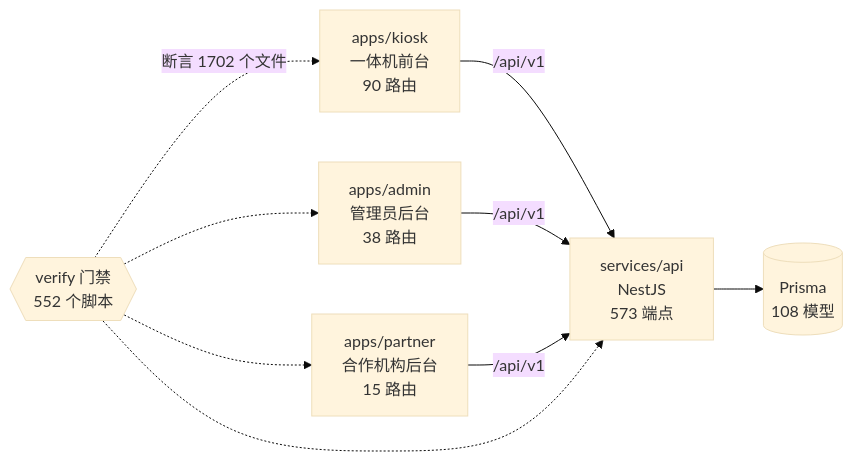
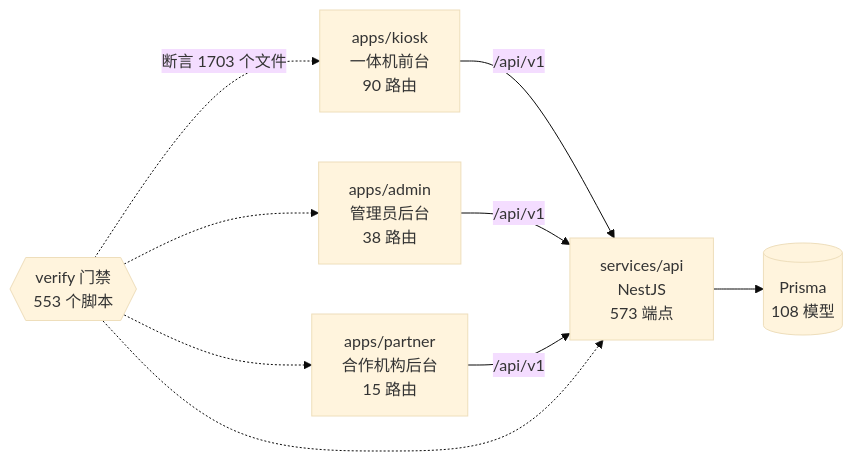
The diagram in docs/graph/README.md (wanglei581/YITIJI), drawn with Mermaid (base theme) before and after one commit. The commit also changed other lines of this file and 3 other files, not shown here.

Commit message:
chore(graph): regenerate

````diff
--- a/docs/graph/README.md
+++ b/docs/graph/README.md
@@ -68,18 +68,18 @@
 ```mermaid
 flowchart LR
   kiosk["apps/kiosk<br/>一体机前台<br/>90 路由"]
   admin["apps/admin<br/>管理员后台<br/>38 路由"]
   partner["apps/partner<br/>合作机构后台<br/>15 路由"]
   api["services/api<br/>NestJS<br/>573 端点"]
   db[("Prisma<br/>108 模型")]
-  gates{{"verify 门禁<br/>552 个脚本"}}
+  gates{{"verify 门禁<br/>553 个脚本"}}
 
   kiosk -->|"/api/v1"| api
   admin -->|"/api/v1"| api
   partner -->|"/api/v1"| api
   api --> db
-  gates -.->|"断言 1702 个文件"| kiosk
+  gates -.->|"断言 1703 个文件"| kiosk
   gates -.-> admin
   gates -.-> partner
   gates -.-> api
 ```
````
